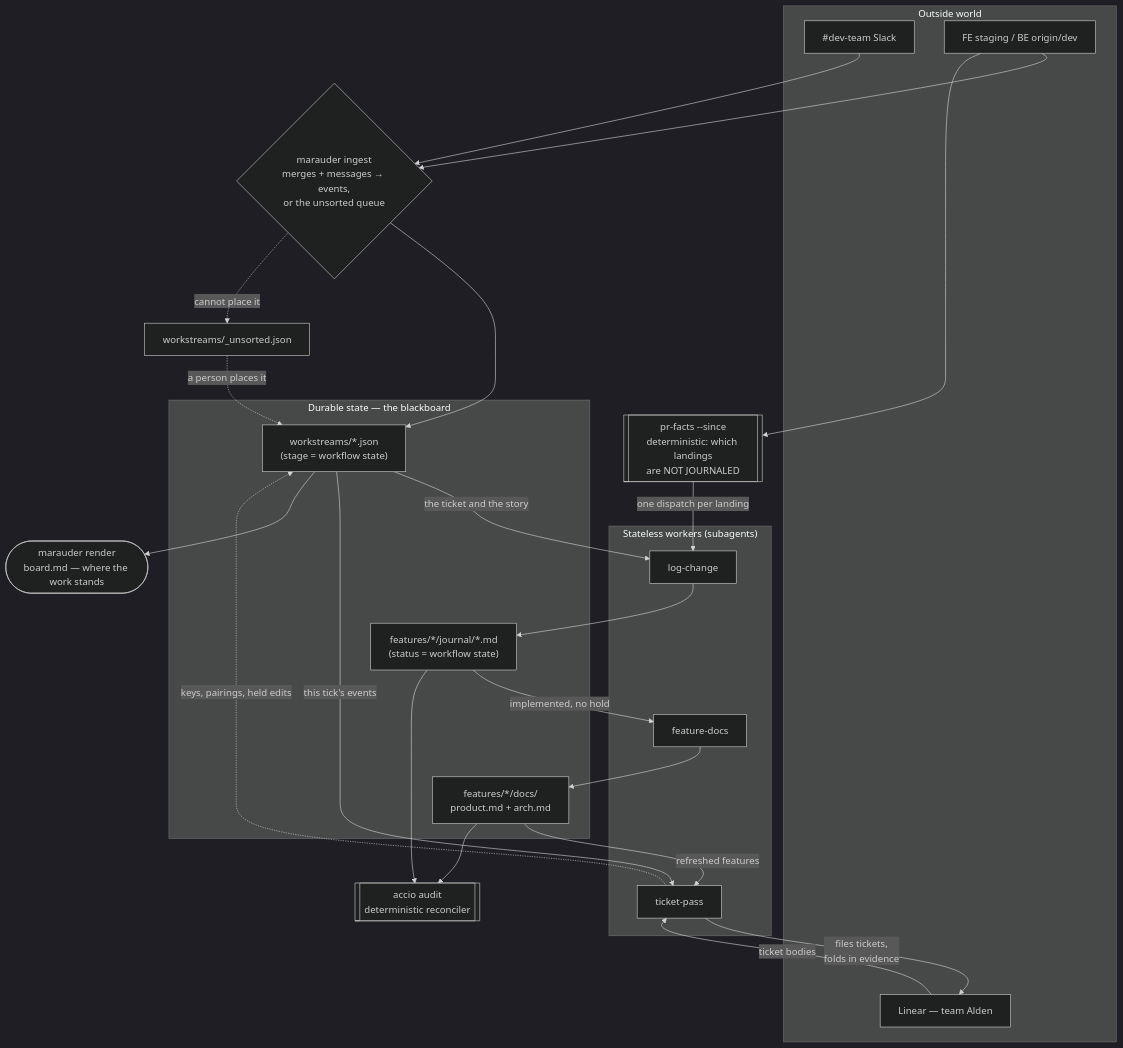
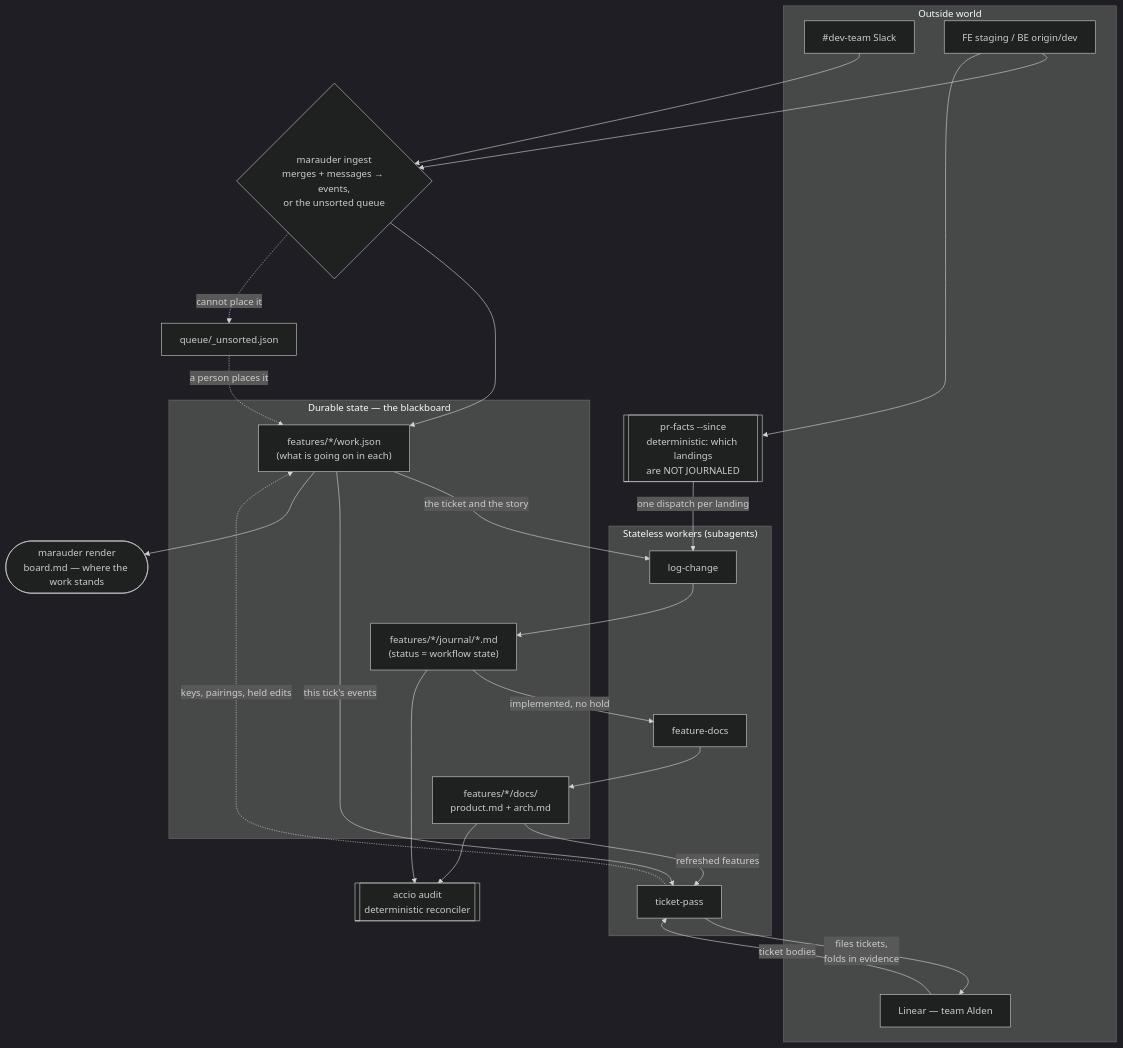
Before and after one commit to d0nwong/citadel: the second of 4 diagrams in apps/argus/README.md, drawn with Mermaid (dark theme). The commit also changed other lines of this file and 32 other files, not shown here.

````diff
--- a/apps/argus/README.md
+++ b/apps/argus/README.md
@@ -80,43 +82,43 @@
 ```mermaid
 flowchart TB
     subgraph world["Outside world"]
         slack["#dev-team Slack"]
         linear["Linear — team Alden"]
         staging["FE staging / BE origin/dev"]
     end
 
     subgraph workers["Stateless workers (subagents)"]
         lc["log-change"]
         fd["feature-docs"]
         tp["ticket-pass"]
     end
 
     subgraph blackboard["Durable state — the blackboard"]
-        ws["workstreams/*.json<br/>(stage = workflow state)"]
+        ws["features/*/work.json<br/>(what is going on in each)"]
         journal["features/*/journal/*.md<br/>(status = workflow state)"]
         docs["features/*/docs/<br/>product.md + arch.md"]
     end
 
     prfacts[["pr-facts --since<br/>deterministic: which landings<br/>are NOT JOURNALED"]]
     audit[["accio audit<br/>deterministic reconciler"]]
     ingest{"marauder ingest<br/>merges + messages → events,<br/>or the unsorted queue"}
     board(["marauder render<br/>board.md — where the work stands"])
 
     slack --> ingest
     staging --> ingest
     staging --> prfacts
     ingest --> ws
-    ingest -. "cannot place it" .-> queue["workstreams/_unsorted.json"]
+    ingest -. "cannot place it" .-> queue["queue/_unsorted.json"]
     queue -. "a person places it" .-> ws
     prfacts -- "one dispatch per landing" --> lc --> journal
     ws -- "the ticket and the story" --> lc
     journal -- "implemented, no hold" --> fd --> docs
     ws -- "this tick's events" --> tp
     docs -- "refreshed features" --> tp
     tp -- "files tickets,<br/>folds in evidence" --> linear
     tp -. "keys, pairings, held edits" .-> ws
     linear -- "ticket bodies" --> tp
     journal --> audit
     docs --> audit
     ws --> board
 ```
````
